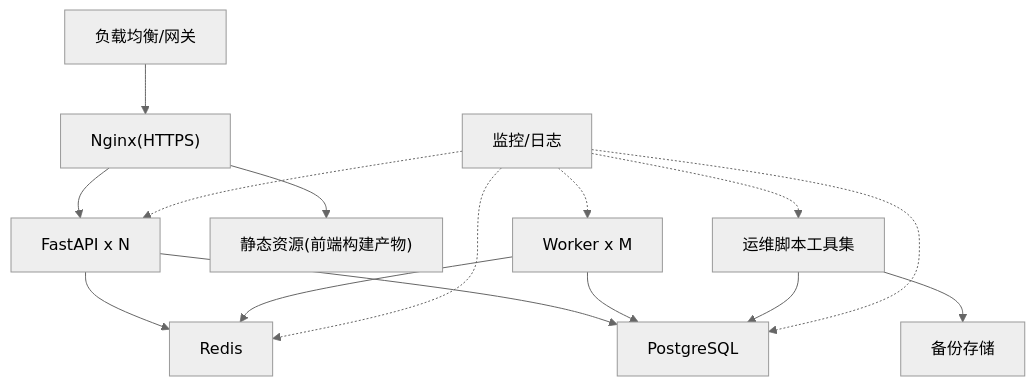
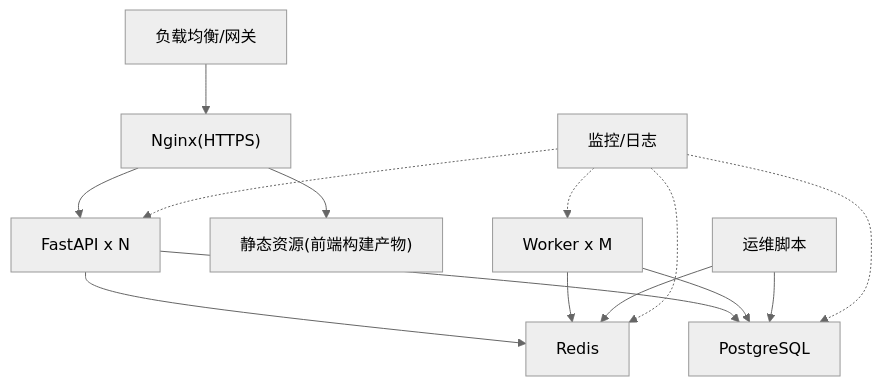
One commit to vu1Art1st/talos changed the second of 9 diagrams in .qoder/repowiki/zh/content/部署配置/部署配置.md. Above: the diagram before and after it, drawn with Mermaid (neutral theme). The commit also changed other lines of this file and 132 other files, not shown here.

````diff
--- a/.qoder/repowiki/zh/content/部署配置/部署配置.md
+++ b/.qoder/repowiki/zh/content/部署配置/部署配置.md
@@ -136,17 +135,16 @@
 ```mermaid
 graph TB
 LB["负载均衡/网关"] --> NGINX["Nginx(HTTPS)"]
 NGINX --> API1["FastAPI x N"]
 NGINX --> STATIC["静态资源(前端构建产物)"]
 API1 --> REDIS["Redis"]
 API1 --> PG["PostgreSQL"]
 W1["Worker x M"] --> REDIS
 W1 --> PG
-OPS["运维脚本工具集"] --> PG
-OPS --> BACKUP["备份存储"]
+OPS["运维脚本"] --> PG
+OPS --> REDIS
 MON["监控/日志"] -.-> API1
 MON -.-> W1
 MON -.-> PG
 MON -.-> REDIS
-MON -.-> OPS
 ```
````
